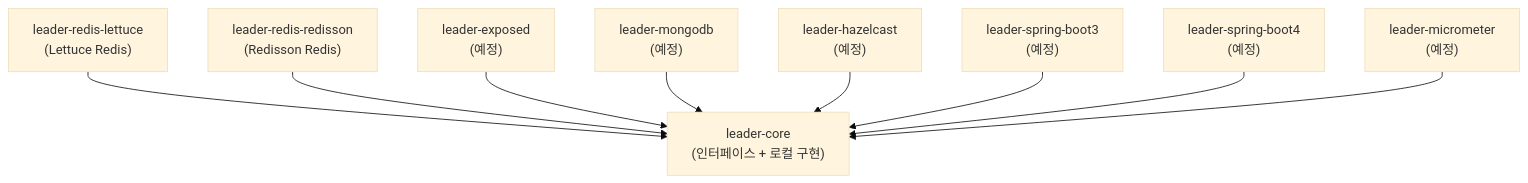
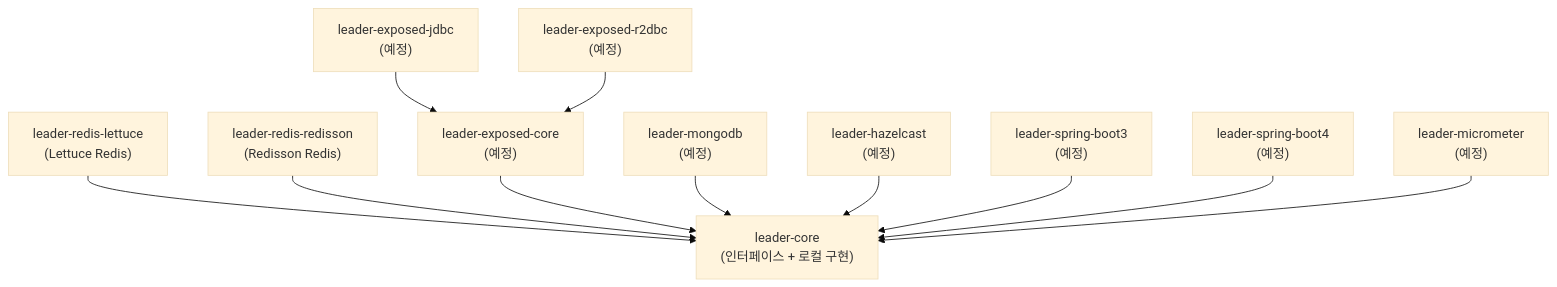
One commit to bluetape4k/bluetape4k-leader changed the diagram in README.ko.md. Above: the diagram before and after it, drawn with Mermaid (base theme). The commit also changed other lines of this file and 28 other files, not shown here.

````diff
--- a/README.ko.md
+++ b/README.ko.md
@@ -24,21 +24,25 @@
 ```mermaid
 graph TD
     Core["leader-core\n(인터페이스 + 로컬 구현)"]
     Lettuce["leader-redis-lettuce\n(Lettuce Redis)"]
     Redisson["leader-redis-redisson\n(Redisson Redis)"]
-    Exposed["leader-exposed\n(예정)"]
+    ExposedCore["leader-exposed-core\n(예정)"]
+    ExposedJdbc["leader-exposed-jdbc\n(예정)"]
+    ExposedR2dbc["leader-exposed-r2dbc\n(예정)"]
     Mongo["leader-mongodb\n(예정)"]
     Hazelcast["leader-hazelcast\n(예정)"]
     SB3["leader-spring-boot3\n(예정)"]
     SB4["leader-spring-boot4\n(예정)"]
     Metrics["leader-micrometer\n(예정)"]
 
     Lettuce --> Core
     Redisson --> Core
-    Exposed --> Core
+    ExposedCore --> Core
+    ExposedJdbc --> ExposedCore
+    ExposedR2dbc --> ExposedCore
     Mongo --> Core
     Hazelcast --> Core
     SB3 --> Core
     SB4 --> Core
     Metrics --> Core
 ```
````
